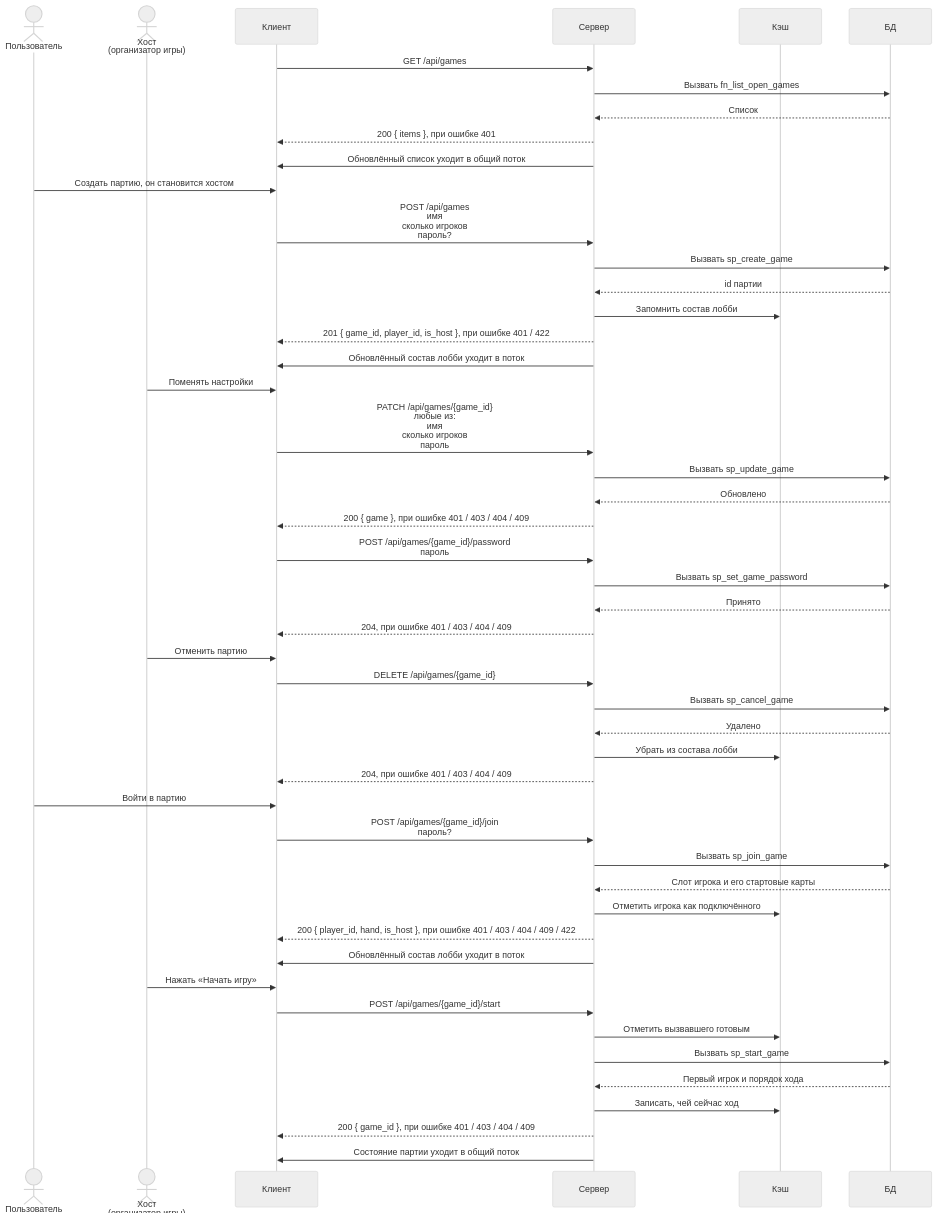
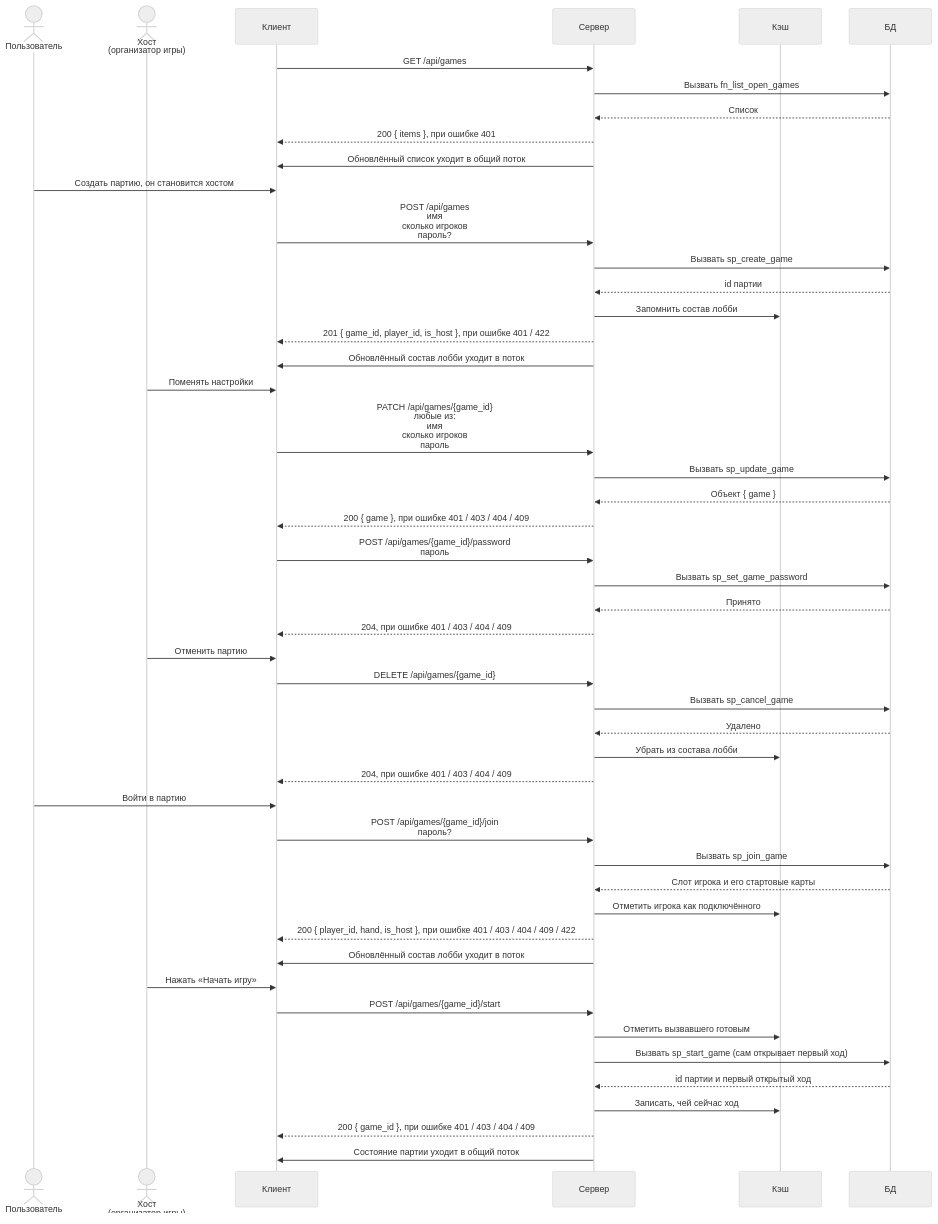
Before and after one commit to docup1/edin-game: the diagram in diagrams/lobby.mmd, drawn with Mermaid (neutral theme). The commit also changed 9 other files, not shown here.

```diff
--- a/diagrams/lobby.mmd
+++ b/diagrams/lobby.mmd
@@ -1,90 +1,90 @@
 %% Всё до игры: список, создание, настройки, отмена, вход, старт.
 %% Действуют двое: обычный пользователь и хост, то есть организатор партии.
 %% Партия ещё не началась, поэтому состав лобби в кэше, факты в базе.
 %% Диаграмма делится по смыслу, а не по наличию {game_id}: пароль ставит
 %% админ, но до игры, поэтому разбирается здесь.
 sequenceDiagram
     actor U as Пользователь
     actor H as Хост<br/>(организатор игры)
     participant C as Клиент
     participant S as Сервер
     participant K as Кэш
     participant D as БД
 
     %% Фильтры has_slot и mine живут в колонке Query таблицы в API.md,
     %% на стрелке их нет: список и так уходит в поток целиком.
     C->>S: GET /api/games
     S->>D: Вызвать fn_list_open_games
     D-->>S: Список
     S-->>C: 200 { items }, при ошибке 401
     S->>C: Обновлённый список уходит в общий поток
 
     U->>C: Создать партию, он становится хостом
     C->>S: POST /api/games<br/>имя<br/>сколько игроков<br/>пароль?
     S->>D: Вызвать sp_create_game
     D-->>S: id партии
     S->>K: Запомнить состав лобби
     S-->>C: 201 { game_id, player_id, is_host }, при ошибке 401 / 422
     S->>C: Обновлённый состав лобби уходит в поток
 
     H->>C: Поменять настройки
     C->>S: PATCH /api/games/{game_id}<br/>любые из:<br/>имя<br/>сколько игроков<br/>пароль
     S->>D: Вызвать sp_update_game
-    D-->>S: Обновлено
+    D-->>S: Объект { game }
     S-->>C: 200 { game }, при ошибке 401 / 403 / 404 / 409
 
     C->>S: POST /api/games/{game_id}/password<br/>пароль
     S->>D: Вызвать sp_set_game_password
     D-->>S: Принято
     S-->>C: 204, при ошибке 401 / 403 / 404 / 409
 
     H->>C: Отменить партию
     C->>S: DELETE /api/games/{game_id}
     S->>D: Вызвать sp_cancel_game
     D-->>S: Удалено
     S->>K: Убрать из состава лобби
     S-->>C: 204, при ошибке 401 / 403 / 404 / 409
 
     U->>C: Войти в партию
     C->>S: POST /api/games/{game_id}/join<br/>пароль?
     S->>D: Вызвать sp_join_game
     D-->>S: Слот игрока и его стартовые карты
     S->>K: Отметить игрока как подключённого
     S-->>C: 200 { player_id, hand, is_host }, при ошибке 401 / 403 / 404 / 409 / 422
     S->>C: Обновлённый состав лобби уходит в поток
 
     H->>C: Нажать «Начать игру»
     C->>S: POST /api/games/{game_id}/start
     S->>K: Отметить вызвавшего готовым
-    S->>D: Вызвать sp_start_game
-    D-->>S: Первый игрок и порядок хода
+    S->>D: Вызвать sp_start_game (сам открывает первый ход)
+    D-->>S: id партии и первый открытый ход
     S->>K: Записать, чей сейчас ход
     S-->>C: 200 { game_id }, при ошибке 401 / 403 / 404 / 409
     S->>C: Состояние партии уходит в общий поток
 
     %% Список требует сессии, поэтому гостя без входа здесь нет: без cookie
     %% приходит 401. В списке есть, сколько мест занято, но нет имён игроков -
     %% имена иначе утекли бы всем подряд.
     %% has_slot - только партии со свободными местами, по умолчанию включён:
     %% иначе пользователь кликнет в партию без мест и получит отказ. mine -
     %% только свои партии. Страниц нет: список приходит целиком и в общий поток,
     %% поэтому опрашивать его вручную не нужно.
     %% max_players вне диапазона 2..6 или пустое имя - 422.
     %% Приглашение - обычная ссылка /game/{id}, отдельная сущность в базе не нужна.
     %% Настройки меняет только хост и только до старта. max_players нельзя сделать
     %% меньше занятых мест, password можно обнулить через null.
     %% Пароль без актора: это действие админа, а не хоста и не игрока, поэтому
     %% отдельного участника ради него заводить не стали. sp_set_game_password
     %% требует роль admin и работает только до старта. Пароль, поставленный
     %% админом, хост снять не может: снимается он только тем же эндпоинтом.
     %% Отмена - настоящее удаление, а не флаг cancelled: иначе про него пришлось бы
     %% вечно помнить.
     %% join проверяет пароль, свободное место и что партия не началась. Но если
     %% за игроком уже есть место - пускает обратно даже после старта, выдавая
     %% пустую руку. Раньше leave место сохранял, а join отказывал, и вышедший
     %% оставался заперт снаружи.
     %% Отказ от входа - это не leave: до старта место просто освобождается.
     %% start отмечает готовым и запускает: готовность - это факт, а не действие,
     %% и живёт в кэше. 409 если готовы не все, причём готовность не сбрасывается.
     %% Состав лобби и текущий ход живут в кэше, в базе только факты: игроки,
     %% карты, ходы.
```
